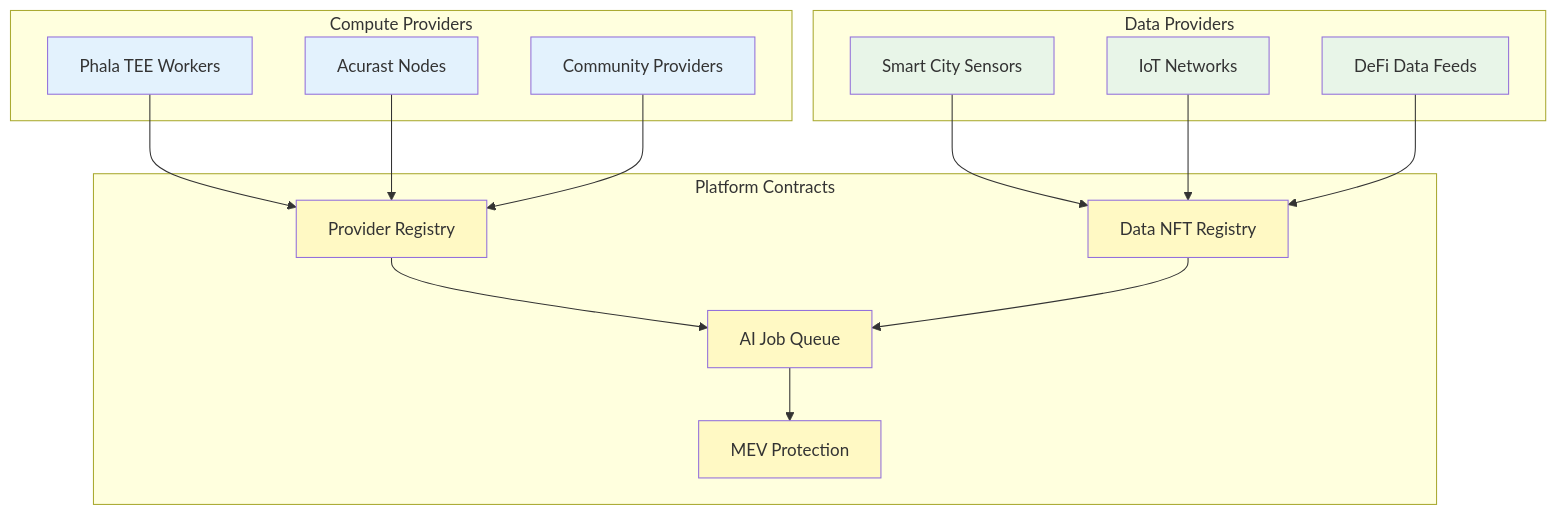
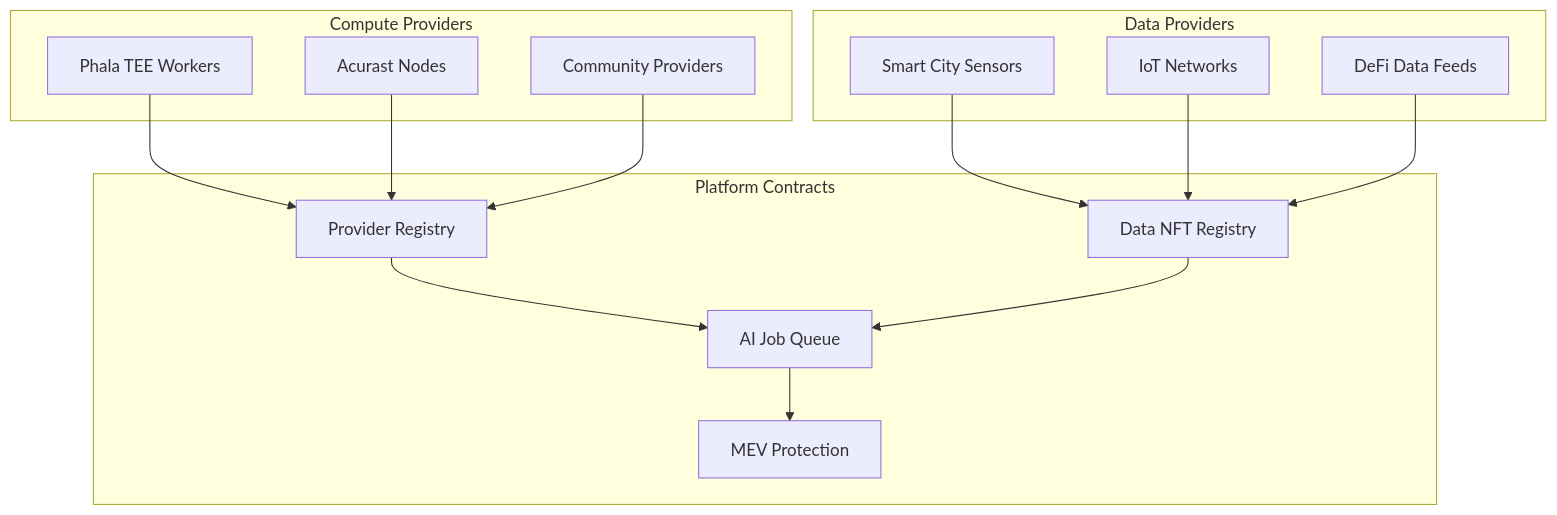
One commit to PolkaMesh/PolkaMesh-Contracts changed the fourth of 4 diagrams in README.md. Above: the diagram before and after it, drawn with Mermaid. The commit also changed other lines of this file, not shown here.

Commit message:
Cleanup README.md by removing outdated contract interaction matrix and capabilities overview; streamline development setup instructions

````diff
--- a/README.md
+++ b/README.md
@@ -296,41 +296,33 @@
 ```mermaid
 graph TD
     subgraph "Compute Providers"
         P1[Phala TEE Workers]
         P2[Acurast Nodes]
         P3[Community Providers]
     end
 
     subgraph "Data Providers"
         D1[Smart City Sensors]
         D2[IoT Networks]
         D3[DeFi Data Feeds]
     end
 
     subgraph "Platform Contracts"
         CPR[Provider Registry]
         DNR[Data NFT Registry]
         AJQ[AI Job Queue]
         MEV[MEV Protection]
     end
 
     P1 --> CPR
     P2 --> CPR
     P3 --> CPR
 
     D1 --> DNR
     D2 --> DNR
     D3 --> DNR
 
     CPR --> AJQ
     DNR --> AJQ
     AJQ --> MEV
-
-    classDef provider fill:#e3f2fd
-    classDef data fill:#e8f5e8
-    classDef contract fill:#fff9c4
-
-    class P1,P2,P3 provider
-    class D1,D2,D3 data
-    class CPR,DNR,AJQ,MEV contract
 ```
````
